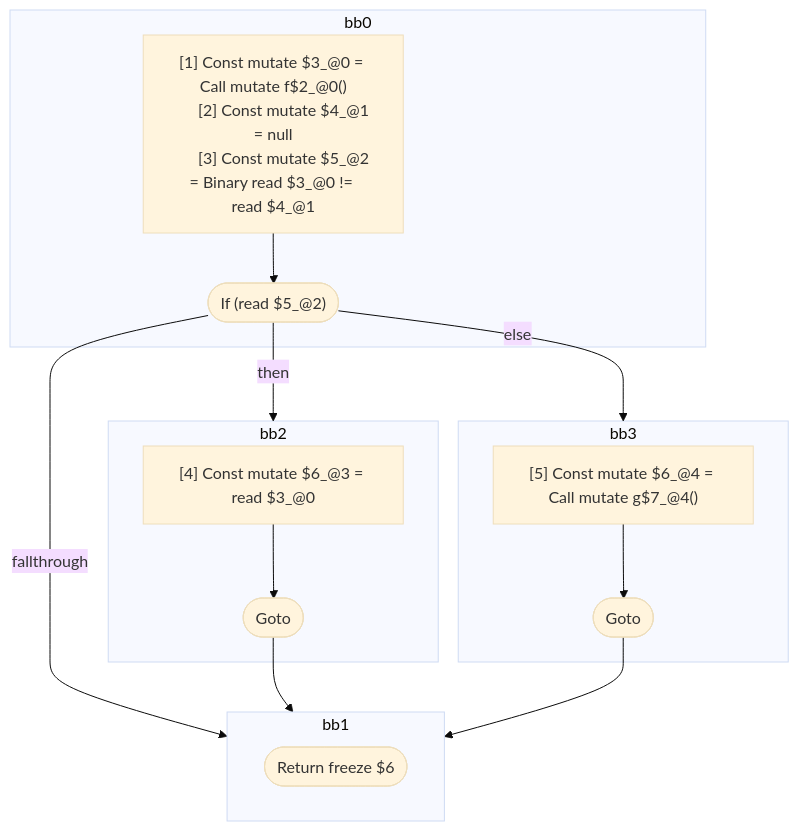
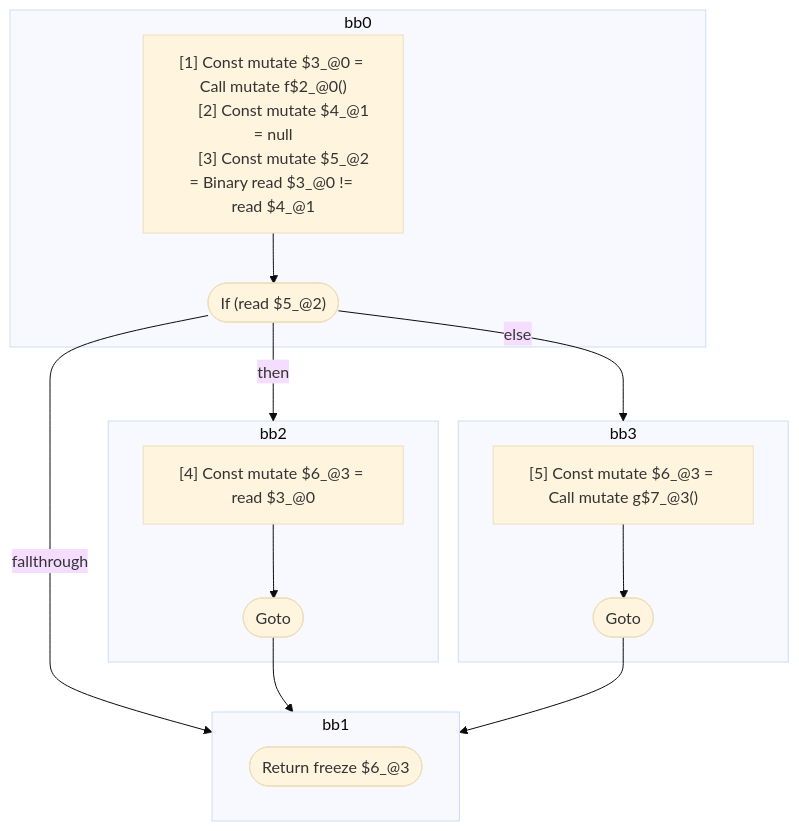
Before and after one commit to wutsmog/private: the third of 5 diagrams in compiler/forget/src/__tests__/fixtures/hir/logical-expression.expect.md, drawn with Mermaid (base theme). The commit also changed other lines of this file and 18 other files, not shown here.

````diff
--- a/compiler/forget/src/__tests__/fixtures/hir/logical-expression.expect.md
+++ b/compiler/forget/src/__tests__/fixtures/hir/logical-expression.expect.md
@@ -177,35 +177,35 @@
 ```mermaid
 flowchart TB
   %% Basic Blocks
   subgraph bb0
     bb0_instrs["
       [1] Const mutate $3_@0 = Call mutate f$2_@0()
       [2] Const mutate $4_@1 = null
       [3] Const mutate $5_@2 = Binary read $3_@0 != read $4_@1
     "]
     bb0_instrs --> bb0_terminal(["If (read $5_@2)"])
   end
   subgraph bb2
     bb2_instrs["
       [4] Const mutate $6_@3 = read $3_@0
     "]
     bb2_instrs --> bb2_terminal(["Goto"])
   end
   subgraph bb3
     bb3_instrs["
-      [5] Const mutate $6_@4 = Call mutate g$7_@4()
+      [5] Const mutate $6_@3 = Call mutate g$7_@3()
     "]
     bb3_instrs --> bb3_terminal(["Goto"])
   end
   subgraph bb1
-    bb1_terminal(["Return freeze $6"])
+    bb1_terminal(["Return freeze $6_@3"])
   end
 
   %% Jumps
   bb0_terminal -- then --> bb2
   bb0_terminal -- else --> bb3
   bb0_terminal -- fallthrough --> bb1
   bb2_terminal --> bb1
   bb3_terminal --> bb1
 
 ```
````
